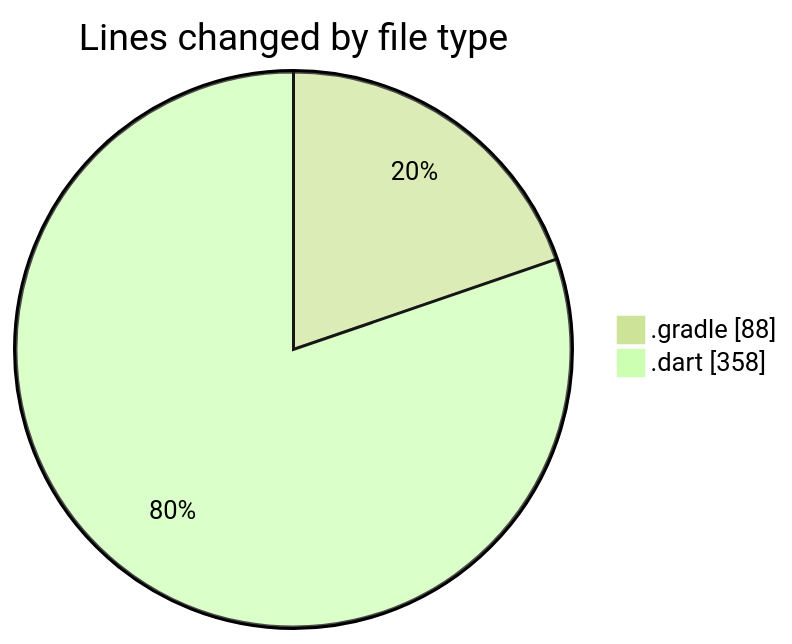
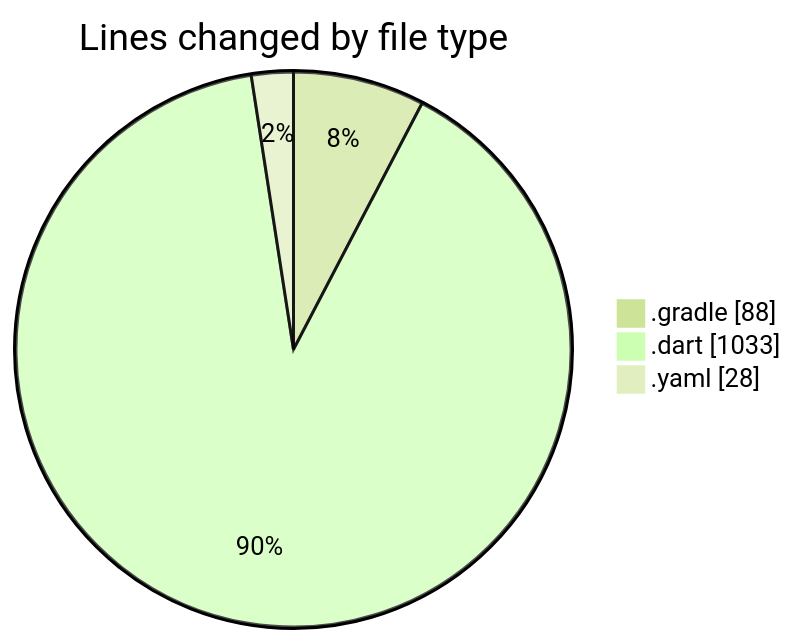
The first of 2 diagrams in 2025-09-07/quanlylink/README.md (lephambinh05/code-tracking), drawn with Mermaid (forest theme) before and after one commit. The commit also changed other lines of this file and 1 other file, not shown here.

````diff
--- a/2025-09-07/quanlylink/README.md
+++ b/2025-09-07/quanlylink/README.md
@@ -22,6 +26,7 @@
 ```mermaid
 pie showData
 title Lines changed by file type
 ".gradle" : 88
-".dart" : 358
+".dart" : 1033
+".yaml" : 28
 ```
````
